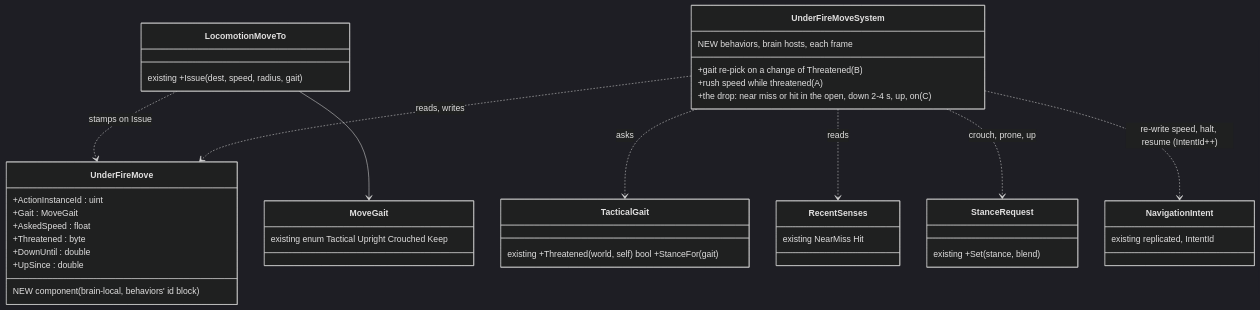
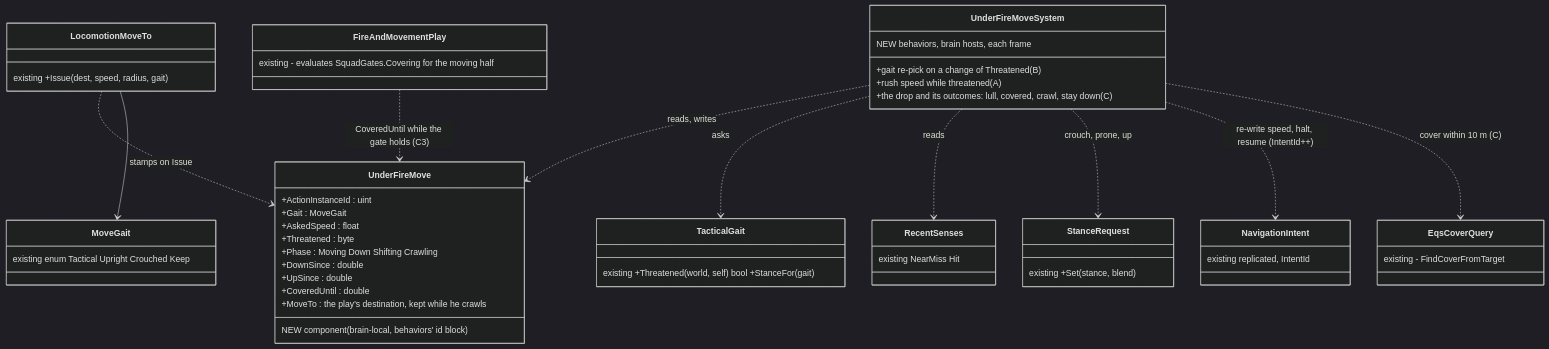
One commit to pjanec/HROT changed the first of 3 diagrams in docs/blueprints/Architect_Question_96_Movement_Under_Fire.md. Above: the diagram before and after it, drawn with Mermaid (dark theme). The commit also changed other lines of this file and 1 other file, not shown here.

First line of the commit message:
AQ96: lean C revised — the drop has outcomes, not a fixed time (user's question)

````diff
--- a/docs/blueprints/Architect_Question_96_Movement_Under_Fire.md
+++ b/docs/blueprints/Architect_Question_96_Movement_Under_Fire.md
@@ -58,31 +58,38 @@
 ```mermaid
 classDiagram
   class LocomotionMoveTo { existing +Issue(dest, speed, radius, gait) }
   class TacticalGait { existing +Threatened(world, self) bool +StanceFor(gait) }
   class MoveGait { existing enum Tactical Upright Crouched Keep }
   class UnderFireMove {
     NEW component (brain-local, behaviors' id block)
     +ActionInstanceId : uint
     +Gait : MoveGait
     +AskedSpeed : float
     +Threatened : byte
-    +DownUntil : double
+    +Phase : Moving Down Shifting Crawling
+    +DownSince : double
     +UpSince : double
+    +CoveredUntil : double
+    +MoveTo : the play's destination, kept while he crawls
   }
   class UnderFireMoveSystem {
     NEW behaviors, brain hosts, each frame
     +gait re-pick on a change of Threatened (B)
     +rush speed while threatened (A)
-    +the drop: near miss or hit in the open, down 2-4 s, up, on (C)
+    +the drop and its outcomes: lull, covered, crawl, stay down (C)
   }
+  class FireAndMovementPlay { existing - evaluates SquadGates.Covering for the moving half }
+  class EqsCoverQuery { existing - FindCoverFromTarget }
   class StanceRequest { existing +Set(stance, blend) }
   class NavigationIntent { existing replicated, IntentId }
   class RecentSenses { existing NearMiss Hit }
   LocomotionMoveTo ..> UnderFireMove : stamps on Issue
   UnderFireMoveSystem ..> UnderFireMove : reads, writes
   UnderFireMoveSystem ..> TacticalGait : asks
   UnderFireMoveSystem ..> RecentSenses : reads
   UnderFireMoveSystem ..> StanceRequest : crouch, prone, up
   UnderFireMoveSystem ..> NavigationIntent : re-write speed, halt, resume (IntentId++)
   LocomotionMoveTo --> MoveGait
+  FireAndMovementPlay ..> UnderFireMove : CoveredUntil while the gate holds (C3)
+  UnderFireMoveSystem ..> EqsCoverQuery : cover within 10 m (C)
 ```
````
